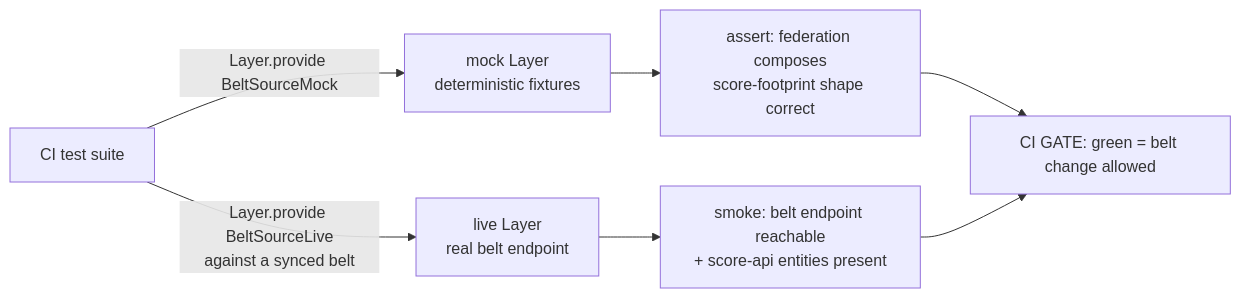
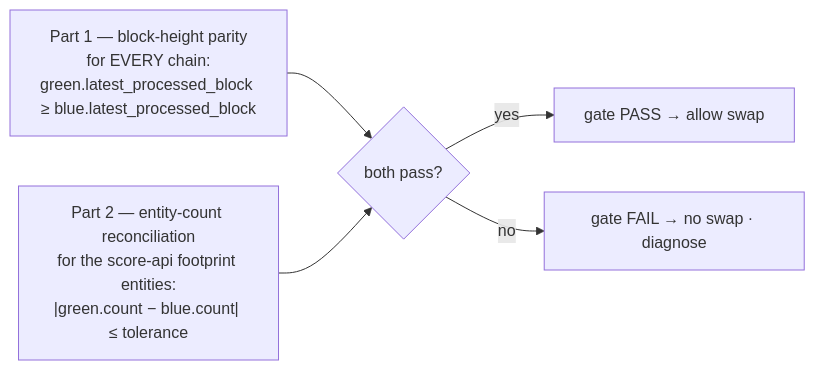
Before and after one commit to 0xHoneyJar/sonar-api: the fifth of 7 diagrams in grimoires/loa/sdd.md, drawn with Mermaid. The commit also changed other lines of this file and 3 other files, not shown here.

````diff
--- a/grimoires/loa/sdd.md
+++ b/grimoires/loa/sdd.md
@@ -500,9 +281,7 @@
 ```mermaid
 flowchart LR
-    T[CI test suite] -->|Layer.provide BeltSourceMock| MK[mock Layer<br/>deterministic fixtures]
-    T -->|Layer.provide BeltSourceLive<br/>against a synced belt| LV[live Layer<br/>real belt endpoint]
-    MK --> A1[assert: federation composes<br/>score-footprint shape correct]
-    LV --> A2[smoke: belt endpoint reachable<br/>+ score-api entities present]
-    A1 --> G[CI GATE: green = belt change allowed]
-    A2 --> G
+    A["Part 1 — block-height parity<br/>for EVERY chain:<br/>green.latest_processed_block ≥ blue.latest_processed_block"] --> C{both pass?}
+    B["Part 2 — entity-count reconciliation<br/>for the score-api footprint entities:<br/>|green.count − blue.count| ≤ tolerance"] --> C
+    C -->|yes| SWAP[gate PASS → allow swap]
+    C -->|no| HOLD[gate FAIL → no swap · diagnose]
 ```
````
